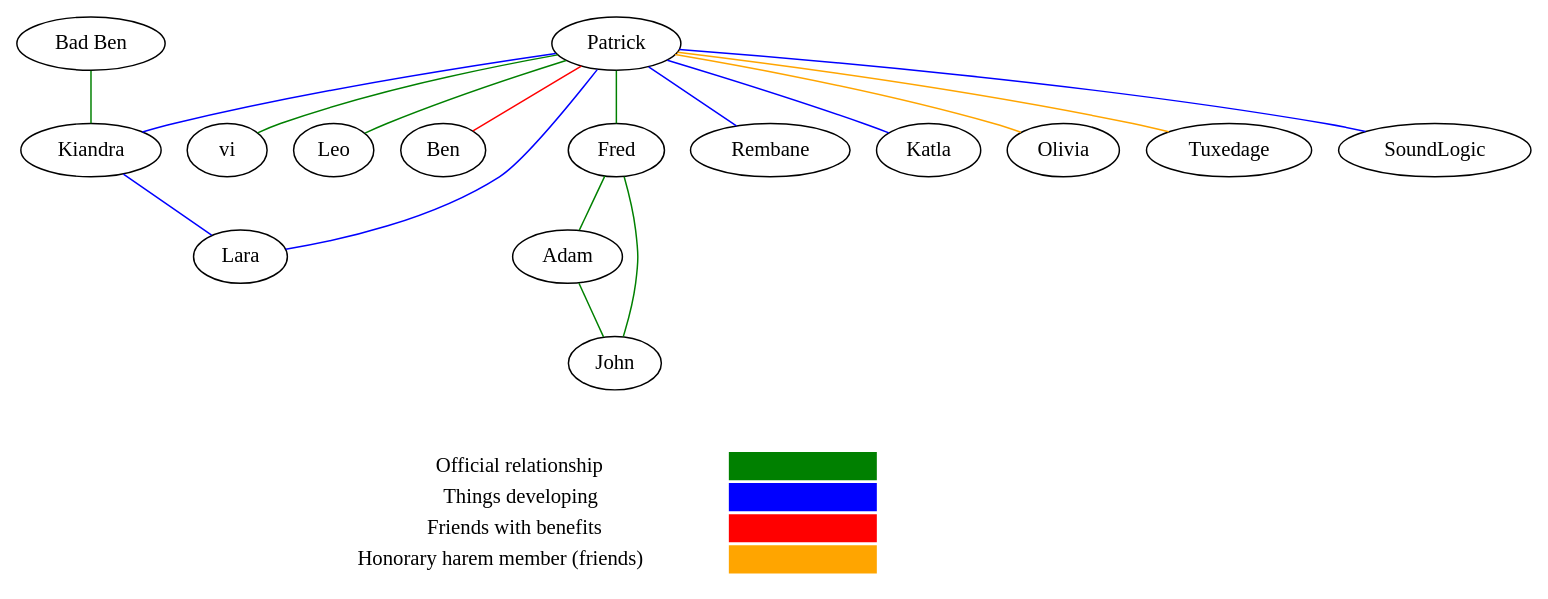
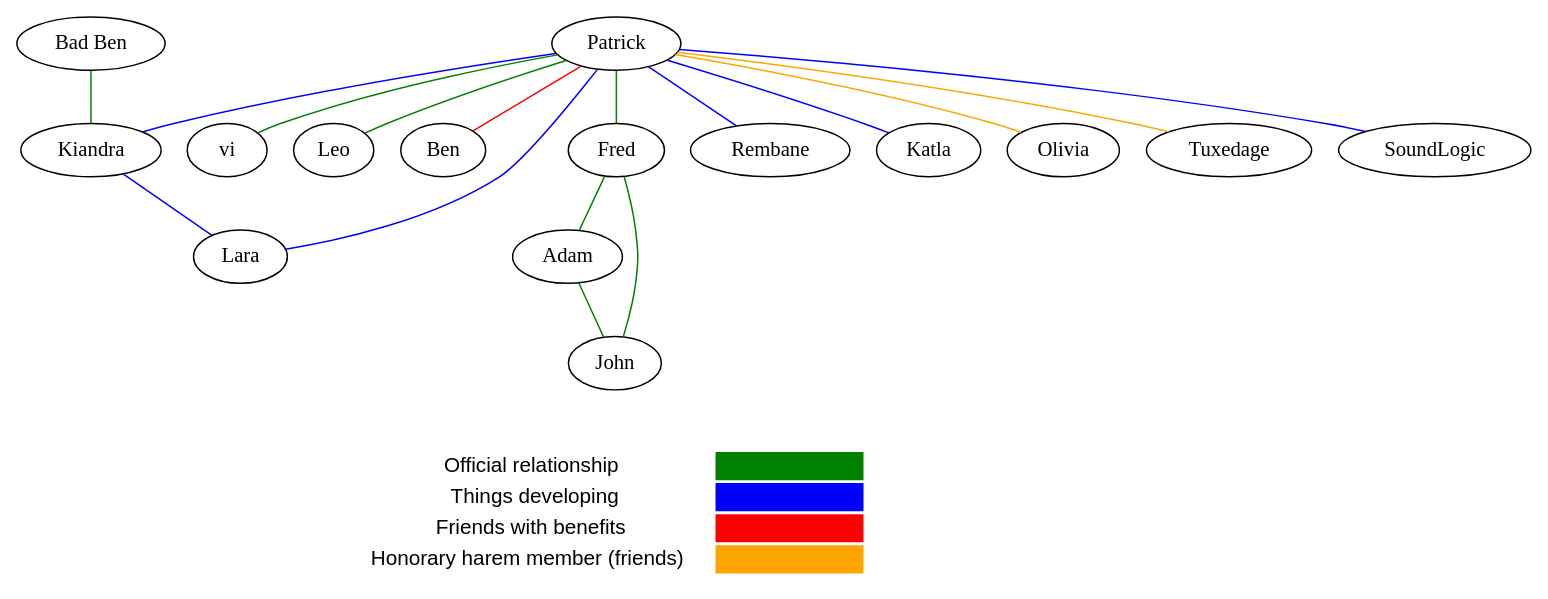
One commit to Cradam/polygraph changed the diagram in harem.dot. Above: the diagram before and after it, drawn with Graphviz.

Commit message:
Sans-serif legend

```diff
--- a/harem.dot
+++ b/harem.dot
@@ -1,42 +1,42 @@
 graph harem {
   patrick [label="Patrick"]
   vi [label="vi"]
   patrick -- vi [color=green]
   leo [label="Leo"]
   patrick -- leo [color=green]
   ben [label="Ben"]
   patrick -- ben [color=red]
   kiandra [label="Kiandra"]
   patrick -- kiandra [color=blue]
   lara [label="Lara"]
   patrick -- lara [color=blue]
   kiandra -- lara [color=blue]
   badben [label="Bad Ben"]
   badben -- kiandra [color=green]
   fred [label="Fred"]
   patrick -- fred [color=green]
   adam [label="Adam"]
   john [label="John"]
   fred -- john [color=green]
   fred -- adam -- john [color=green]
   rembane [label="Rembane"]
   patrick -- rembane [color=blue]
   katla [label="Katla"]
   patrick -- katla [color=blue]
   olivia [label="Olivia"]
   patrick -- olivia [color=orange]
   tuxedage [label="Tuxedage"]
   patrick -- tuxedage [color=orange]
   soundlogic [label="SoundLogic"]
   patrick -- soundlogic [color=blue]
   { rank = sink;
     Legend [shape=none, label=<
       <table border="0">
-        <tr><td>Official relationship</td><td width="100px" bgcolor="green"></td></tr>
-        <tr><td>Things developing</td><td width="100px" bgcolor="blue"></td></tr>
-        <tr><td>Friends with benefits</td><td width="100px" bgcolor="red"></td></tr>
-        <tr><td>Honorary harem member (friends)</td><td width="100px" bgcolor="orange"></td></tr>
+        <tr><td><font face="sans-serif">Official relationship</font></td><td width="100px" bgcolor="green"></td></tr>
+        <tr><td><font face="sans-serif">Things developing</font></td><td width="100px" bgcolor="blue"></td></tr>
+        <tr><td><font face="sans-serif">Friends with benefits</font></td><td width="100px" bgcolor="red"></td></tr>
+        <tr><td><font face="sans-serif">Honorary harem member (friends)</font></td><td width="100px" bgcolor="orange"></td></tr>
       </table>
     >];
   }
 }
```
